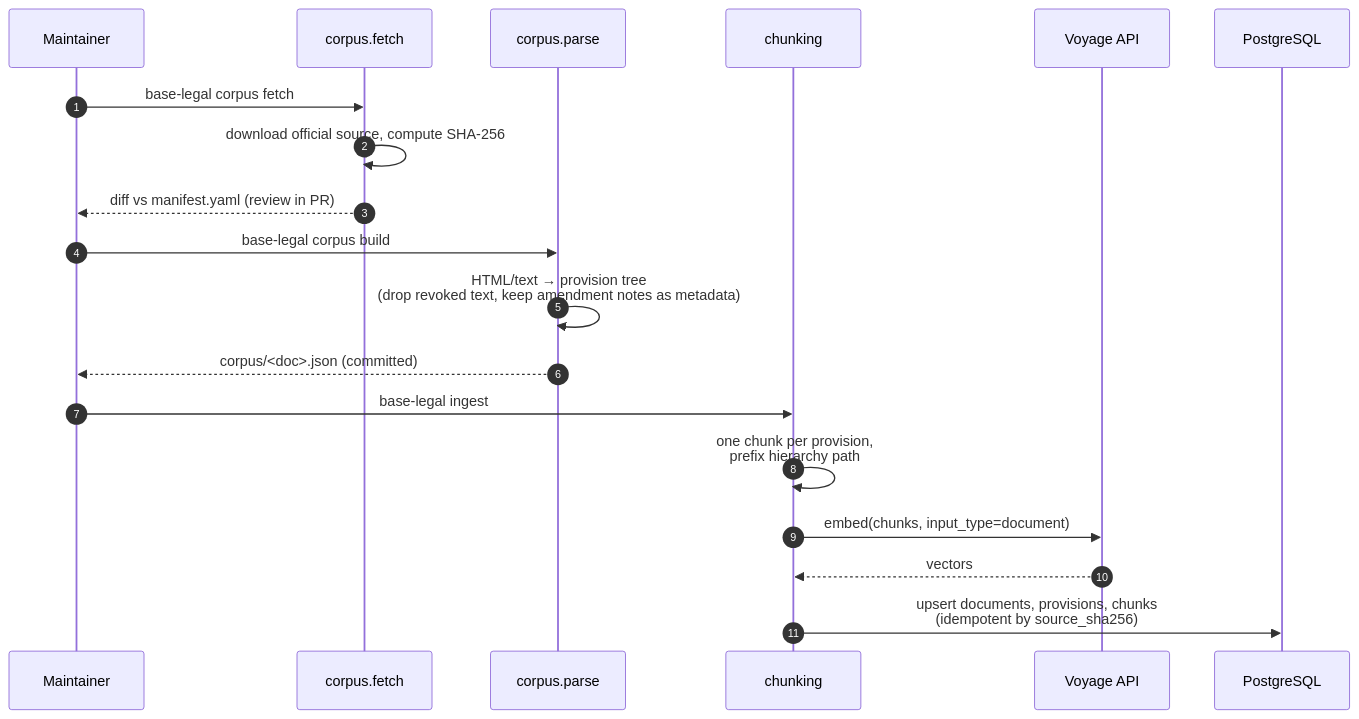
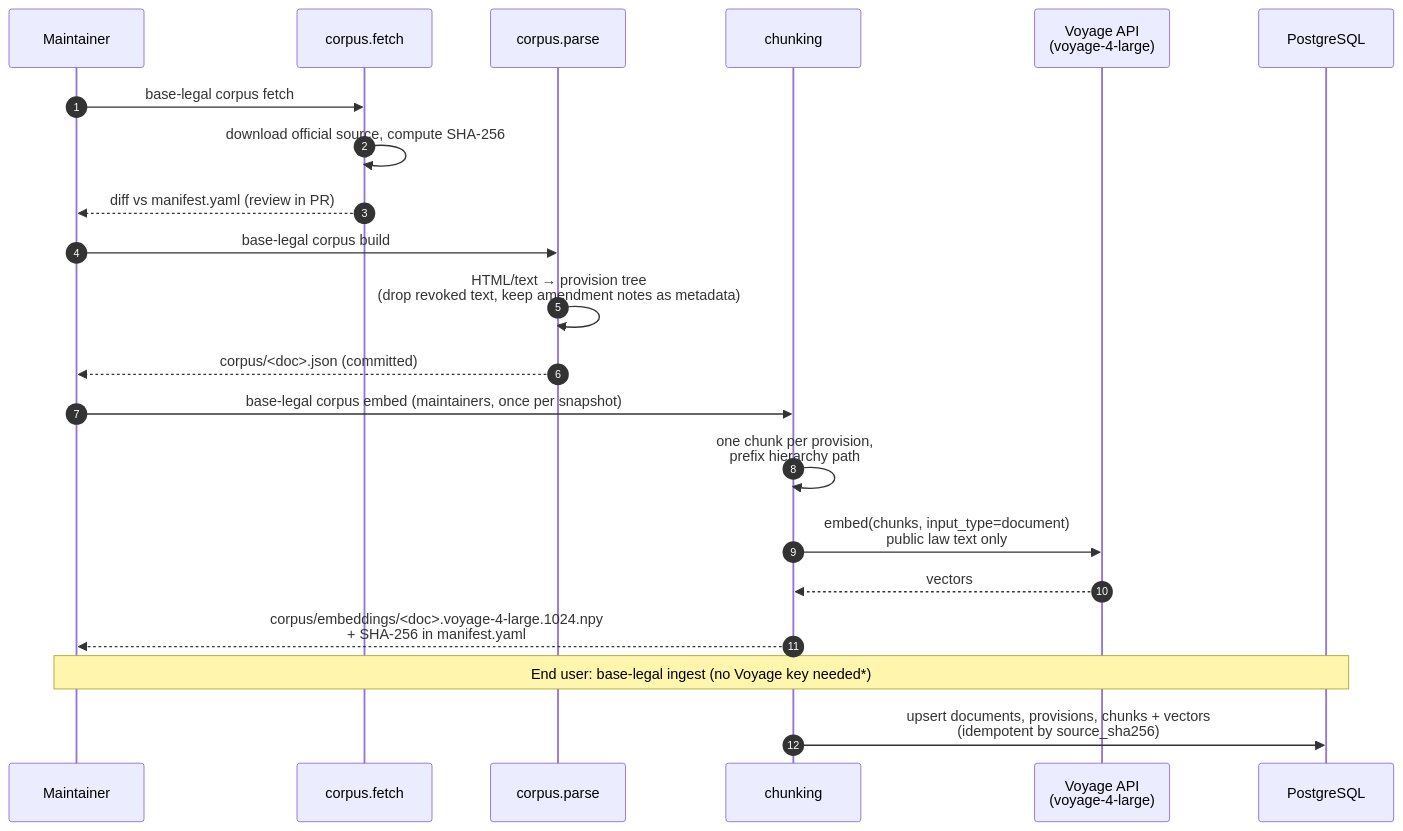
One commit to lucianocf/base-legal changed the second of 4 diagrams in docs/ARCHITECTURE.md. Above: the diagram before and after it, drawn with Mermaid. The commit also changed other lines of this file and 7 other files, not shown here.

First line of the commit message:
docs: switch to asymmetric Voyage 4 embeddings with local query model

````diff
--- a/docs/ARCHITECTURE.md
+++ b/docs/ARCHITECTURE.md
@@ -62,22 +68,24 @@
 ```mermaid
 sequenceDiagram
     autonumber
     participant Dev as Maintainer
     participant F as corpus.fetch
     participant P as corpus.parse
     participant C as chunking
-    participant V as Voyage API
+    participant V as Voyage API<br/>(voyage-4-large)
     participant DB as PostgreSQL
 
     Dev->>F: base-legal corpus fetch
     F->>F: download official source, compute SHA-256
     F-->>Dev: diff vs manifest.yaml (review in PR)
     Dev->>P: base-legal corpus build
     P->>P: HTML/text → provision tree<br/>(drop revoked text, keep amendment notes as metadata)
     P-->>Dev: corpus/<doc>.json (committed)
-    Dev->>C: base-legal ingest
+    Dev->>C: base-legal corpus embed (maintainers, once per snapshot)
     C->>C: one chunk per provision,<br/>prefix hierarchy path
-    C->>V: embed(chunks, input_type=document)
+    C->>V: embed(chunks, input_type=document)<br/>public law text only
     V-->>C: vectors
-    C->>DB: upsert documents, provisions, chunks<br/>(idempotent by source_sha256)
+    C-->>Dev: corpus/embeddings/<doc>.voyage-4-large.1024.npy<br/>+ SHA-256 in manifest.yaml
+    Note over Dev,DB: End user: base-legal ingest (no Voyage key needed*)
+    C->>DB: upsert documents, provisions, chunks + vectors<br/>(idempotent by source_sha256)
 ```
````
